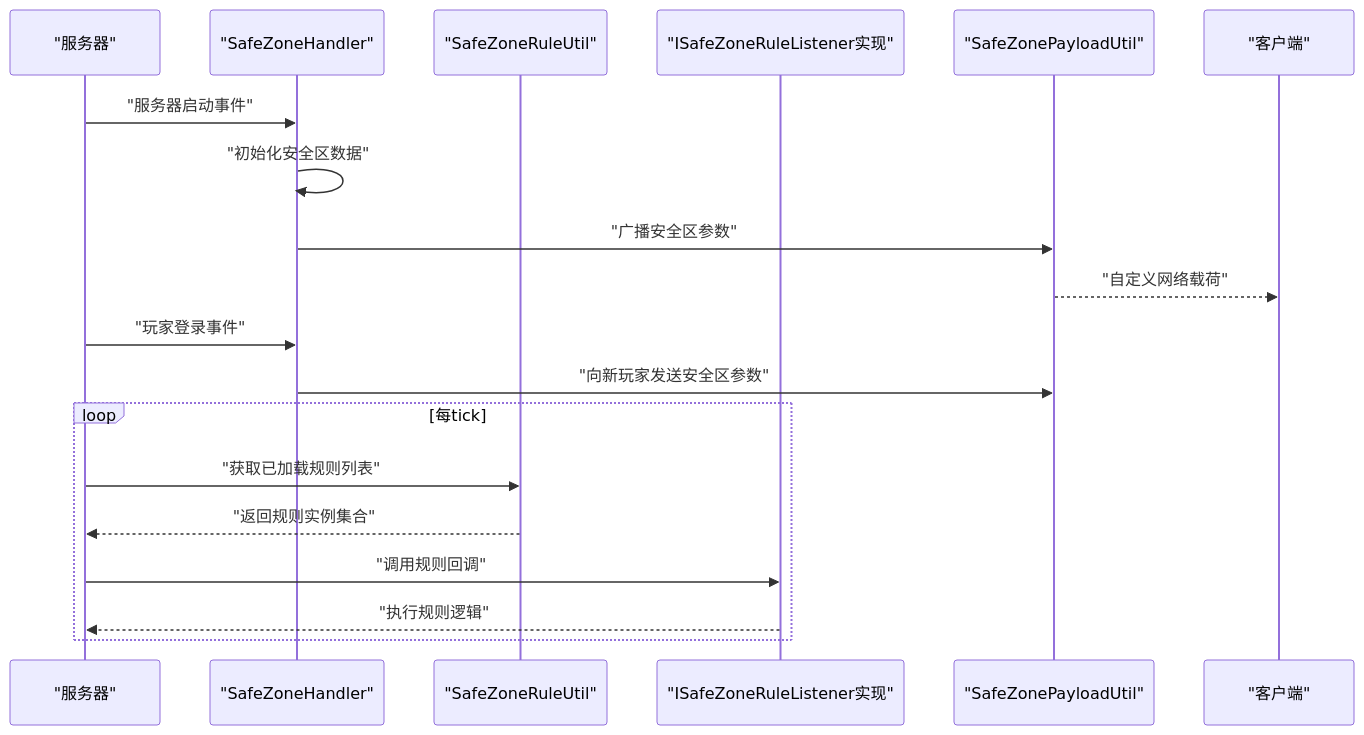
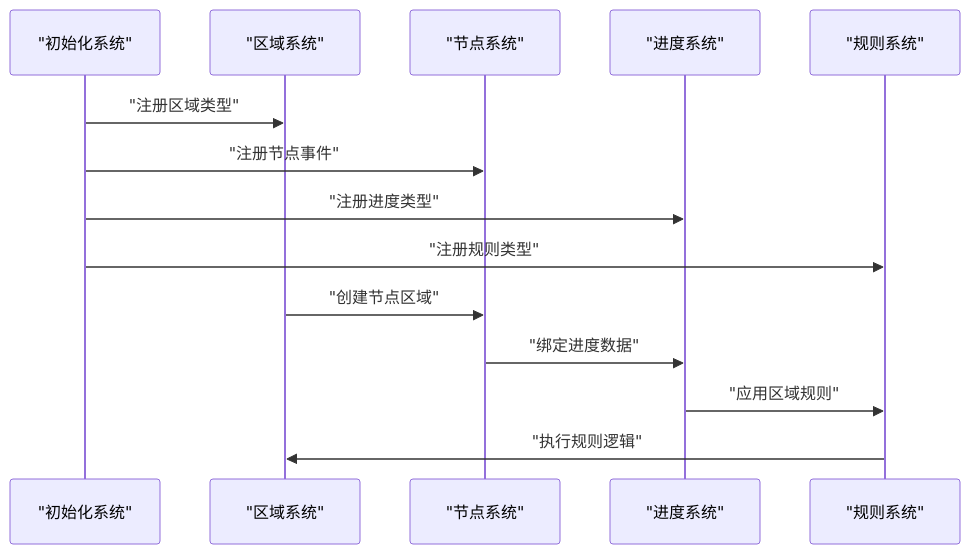
One commit to Ver-shift/SubModulesGeneHunter changed the second of 8 diagrams in .qoder/repowiki/zh/content/模块架构/Beyond安全区模块/Beyond安全区模块.md. Above: the diagram before and after it, drawn with Mermaid. The commit also changed other lines of this file and 42 other files, not shown here.

````diff
--- a/.qoder/repowiki/zh/content/模块架构/Beyond安全区模块/Beyond安全区模块.md
+++ b/.qoder/repowiki/zh/content/模块架构/Beyond安全区模块/Beyond安全区模块.md
@@ -122,21 +130,16 @@
 ```mermaid
 sequenceDiagram
-participant Srv as "服务器"
-participant Handler as "SafeZoneHandler"
-participant Util as "SafeZoneRuleUtil"
-participant Listener as "ISafeZoneRuleListener实现"
-participant Net as "SafeZonePayloadUtil"
-participant Cli as "客户端"
-Srv->>Handler : "服务器启动事件"
-Handler->>Handler : "初始化安全区数据"
-Handler->>Net : "广播安全区参数"
-Net-->>Cli : "自定义网络载荷"
-Srv->>Handler : "玩家登录事件"
-Handler->>Net : "向新玩家发送安全区参数"
-loop 每tick
-Srv->>Util : "获取已加载规则列表"
-Util-->>Srv : "返回规则实例集合"
-Srv->>Listener : "调用规则回调"
-Listener-->>Srv : "执行规则逻辑"
-end
+participant Init as "初始化系统"
+participant Zone as "区域系统"
+participant Node as "节点系统"
+participant Progress as "进度系统"
+participant Rule as "规则系统"
+Init->>Zone : "注册区域类型"
+Init->>Node : "注册节点事件"
+Init->>Progress : "注册进度类型"
+Init->>Rule : "注册规则类型"
+Zone->>Node : "创建节点区域"
+Node->>Progress : "绑定进度数据"
+Progress->>Rule : "应用区域规则"
+Rule->>Zone : "执行规则逻辑"
 ```
````
